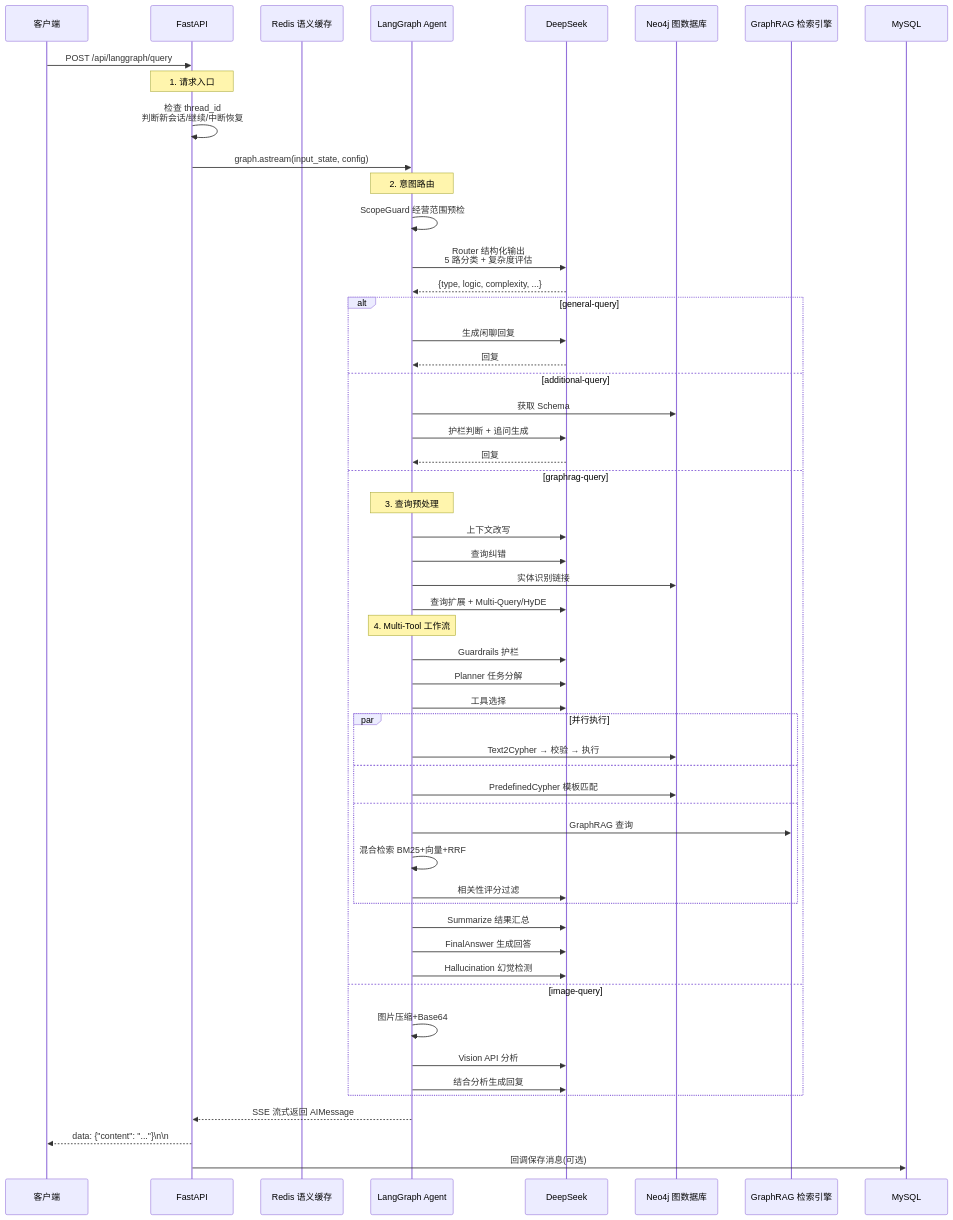
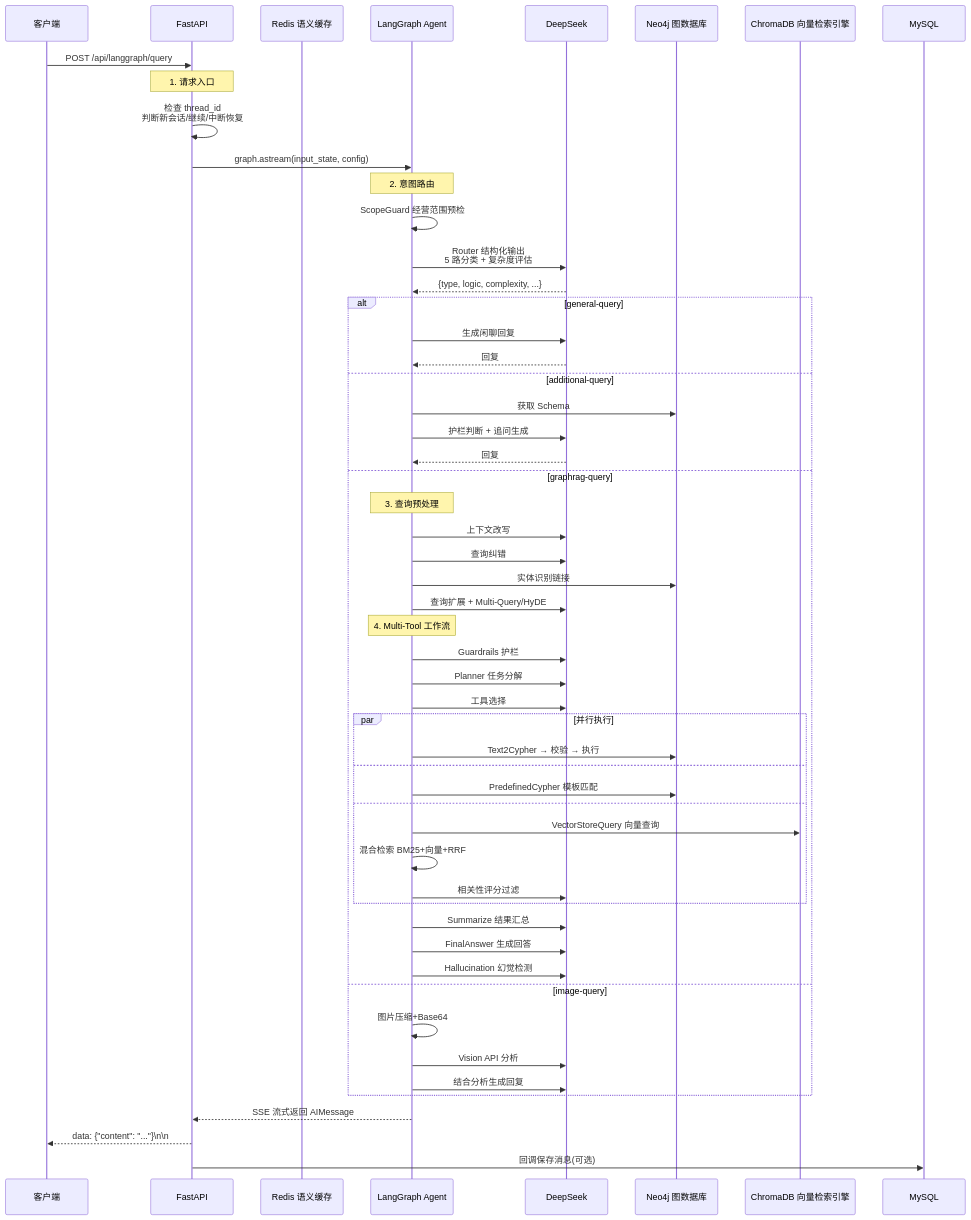
One commit to blowt16/SmartCS-Agent changed the eighth of 11 diagrams in docs/PROJECT_ANALYSIS.md. Above: the diagram before and after it, drawn with Mermaid. The commit also changed other lines of this file and 11 other files, not shown here.

Commit message:
[docs] 全面清理 GraphRAG 残留：README/学习文档/配置文件/脚本统一为标准 RAG（ChromaDB）描述，删除 fix_nb.py 与 docker-compose 无效挂载

````diff
--- a/docs/PROJECT_ANALYSIS.md
+++ b/docs/PROJECT_ANALYSIS.md
@@ -500,63 +496,63 @@
 ```mermaid
 sequenceDiagram
     participant Client as 客户端
     participant API as FastAPI
     participant Cache as Redis 语义缓存
     participant Agent as LangGraph Agent
     participant LLM as DeepSeek
     participant Neo4j as Neo4j 图数据库
-    participant GraphRAG as GraphRAG 检索引擎
+    participant VS as ChromaDB 向量检索引擎
     participant MySQL as MySQL
 
     Client->>API: POST /api/langgraph/query
     Note over API: 1. 请求入口
     API->>API: 检查 thread_id<br/>判断新会话/继续/中断恢复
     API->>Agent: graph.astream(input_state, config)
 
     Note over Agent: 2. 意图路由
     Agent->>Agent: ScopeGuard 经营范围预检
     Agent->>LLM: Router 结构化输出<br/>5 路分类 + 复杂度评估
     LLM-->>Agent: {type, logic, complexity, ...}
 
     alt general-query
         Agent->>LLM: 生成闲聊回复
         LLM-->>Agent: 回复
     else additional-query
         Agent->>Neo4j: 获取 Schema
         Agent->>LLM: 护栏判断 + 追问生成
         LLM-->>Agent: 回复
     else graphrag-query
         Note over Agent: 3. 查询预处理
         Agent->>LLM: 上下文改写
         Agent->>LLM: 查询纠错
         Agent->>Neo4j: 实体识别链接
         Agent->>LLM: 查询扩展 + Multi-Query/HyDE
 
         Note over Agent: 4. Multi-Tool 工作流
         Agent->>LLM: Guardrails 护栏
         Agent->>LLM: Planner 任务分解
         Agent->>LLM: 工具选择
 
         par 并行执行
             Agent->>Neo4j: Text2Cypher → 校验 → 执行
         and
             Agent->>Neo4j: PredefinedCypher 模板匹配
         and
-            Agent->>GraphRAG: GraphRAG 查询
+            Agent->>VS: VectorStoreQuery 向量查询
             Agent->>Agent: 混合检索 BM25+向量+RRF
             Agent->>LLM: 相关性评分过滤
         end
 
         Agent->>LLM: Summarize 结果汇总
         Agent->>LLM: FinalAnswer 生成回答
         Agent->>LLM: Hallucination 幻觉检测
     else image-query
         Agent->>Agent: 图片压缩+Base64
         Agent->>LLM: Vision API 分析
         Agent->>LLM: 结合分析生成回复
     end
 
     Agent-->>API: SSE 流式返回 AIMessage
     API-->>Client: data: {"content": "..."}\n\n
     API->>MySQL: 回调保存消息(可选)
 ```
````
